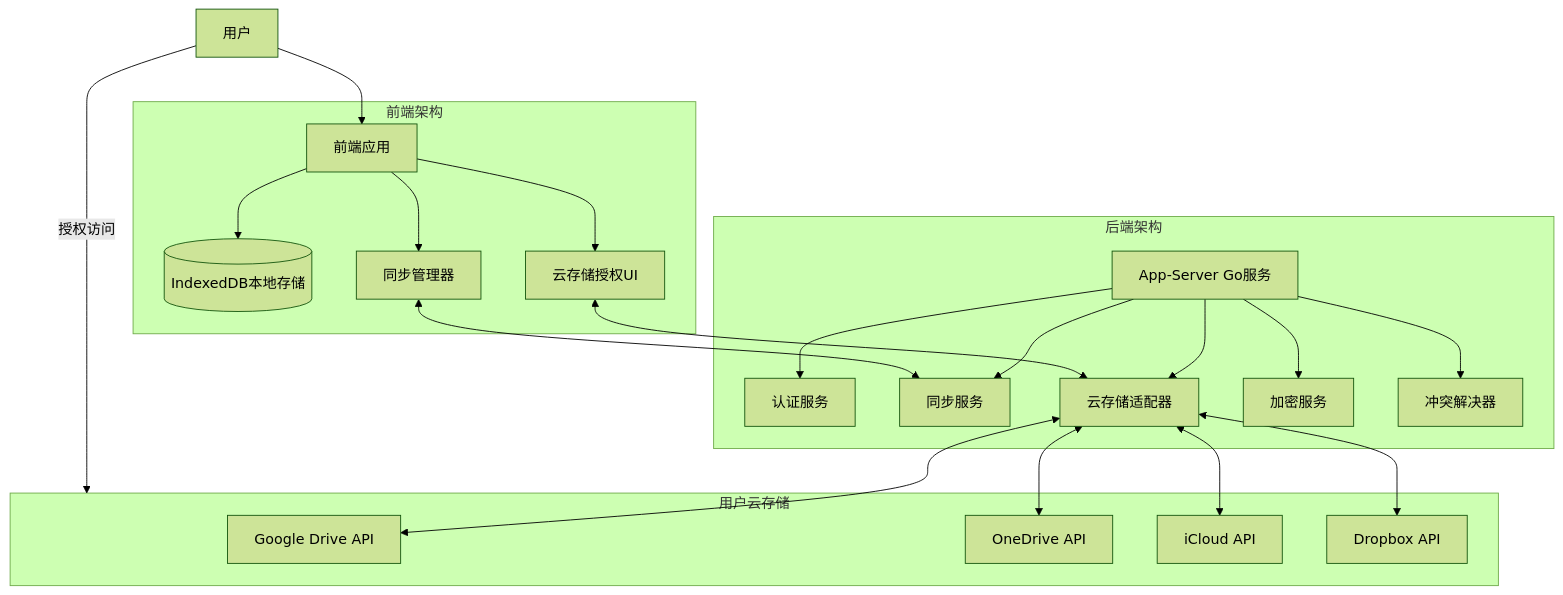
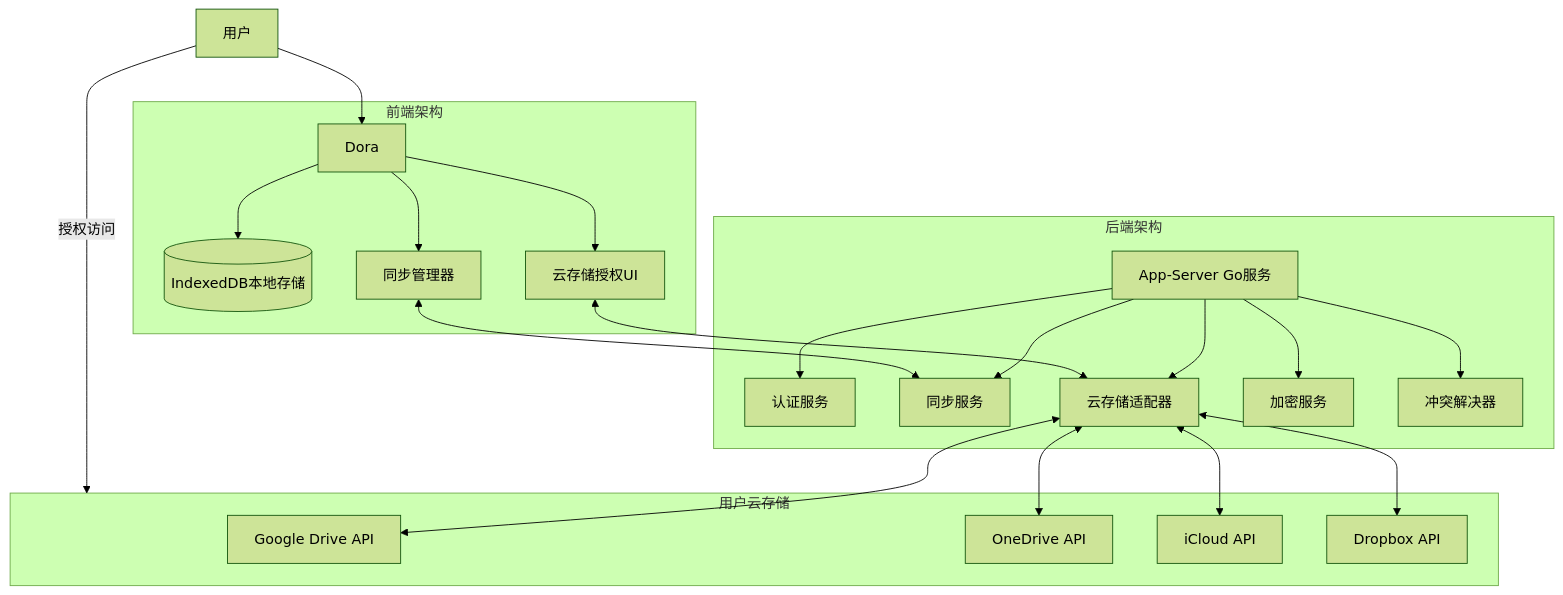
Before and after one commit to yingjianzh/iodraw-files: the diagram in all/未命名-34.md, drawn with Mermaid (forest theme).

Commit message:
2025-04-17 10:23:02 update

````diff
--- a/all/未命名-34.md
+++ b/all/未命名-34.md
@@ -1,29 +1,29 @@
 ```mermaid
 flowchart TD
-    User[用户] --> FrontEnd[前端应用]
+    User[用户] --> FrontEnd[Dora]
     
     subgraph 前端架构
         FrontEnd --> LocalDB[(IndexedDB本地存储)]
         FrontEnd --> SyncManager[同步管理器]
         FrontEnd --> CloudAuthUI[云存储授权UI]
     end
     
     subgraph 后端架构
         AppServer[App-Server Go服务] --> AuthService[认证服务]
         AppServer --> SyncService[同步服务]
         AppServer --> CloudAdapter[云存储适配器]
         AppServer --> CryptoService[加密服务]
         AppServer --> ConflictResolver[冲突解决器]
     end
     
     subgraph 用户云存储
         CloudAdapter <--> GoogleDrive[Google Drive API]
         CloudAdapter <--> OneDrive[OneDrive API]
         CloudAdapter <--> iCloud[iCloud API]
         CloudAdapter <--> Dropbox[Dropbox API]
     end
     
     User -- "授权访问" --> 用户云存储
     SyncManager <--> SyncService
     CloudAuthUI <--> CloudAdapter
 ```
````
